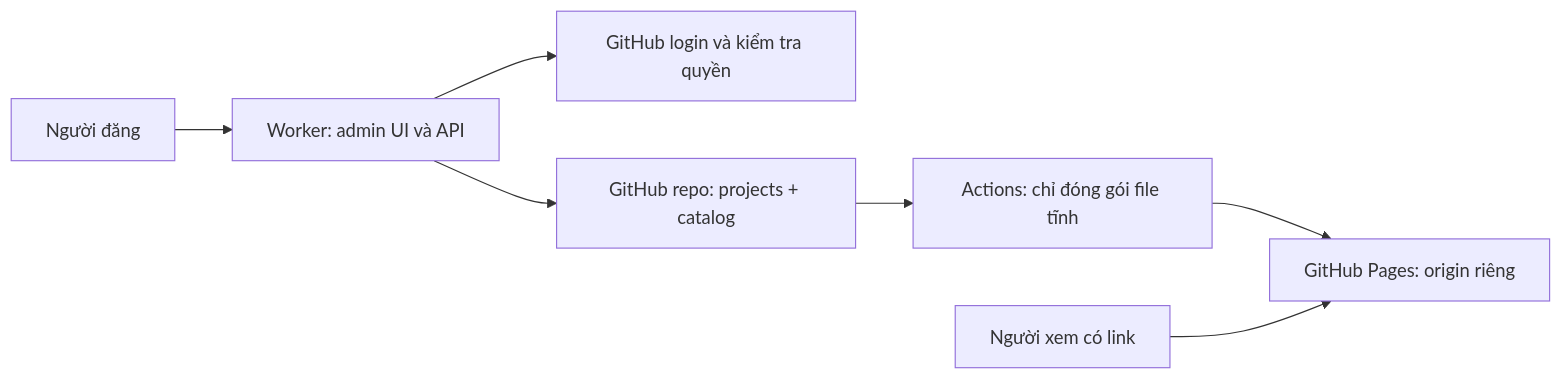
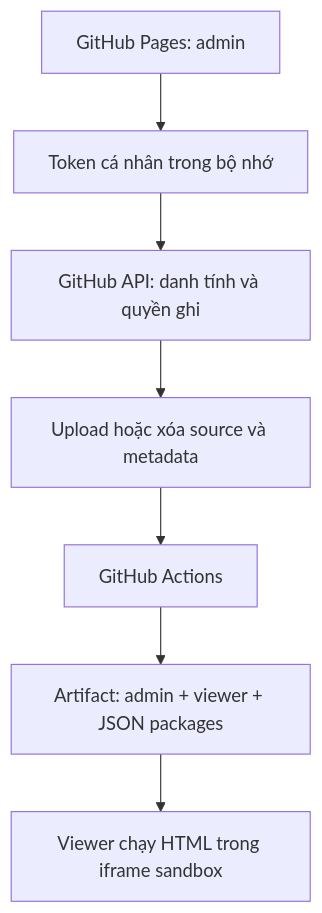
One commit to Kintinz/showcase changed the diagram in README.md. Above: the diagram before and after it, drawn with Mermaid. The commit also changed other lines of this file and 22 other files, not shown here.

Commit message:
feat: run showcase entirely on GitHub Pages with personal tokens

````diff
--- a/README.md
+++ b/README.md
@@ -38,9 +44,9 @@
 ```mermaid
-flowchart LR
-    U[Người đăng] --> W[Worker: admin UI và API]
-    W --> L[GitHub login và kiểm tra quyền]
-    W --> R[GitHub repo: projects + catalog]
-    R --> A[Actions: chỉ đóng gói file tĩnh]
-    A --> P[GitHub Pages: origin riêng]
-    V[Người xem có link] --> P
+flowchart TD
+    A[GitHub Pages: admin] --> B[Token cá nhân trong bộ nhớ]
+    B --> C[GitHub API: danh tính và quyền ghi]
+    C --> D[Upload hoặc xóa source và metadata]
+    D --> E[GitHub Actions]
+    E --> F[Artifact: admin + viewer + JSON packages]
+    F --> G[Viewer chạy HTML trong iframe sandbox]
 ```
````
